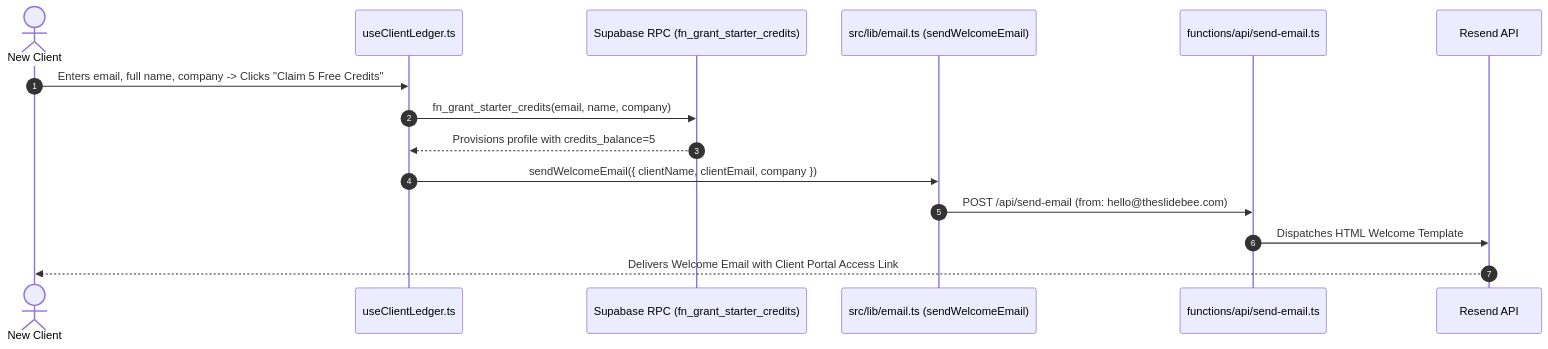
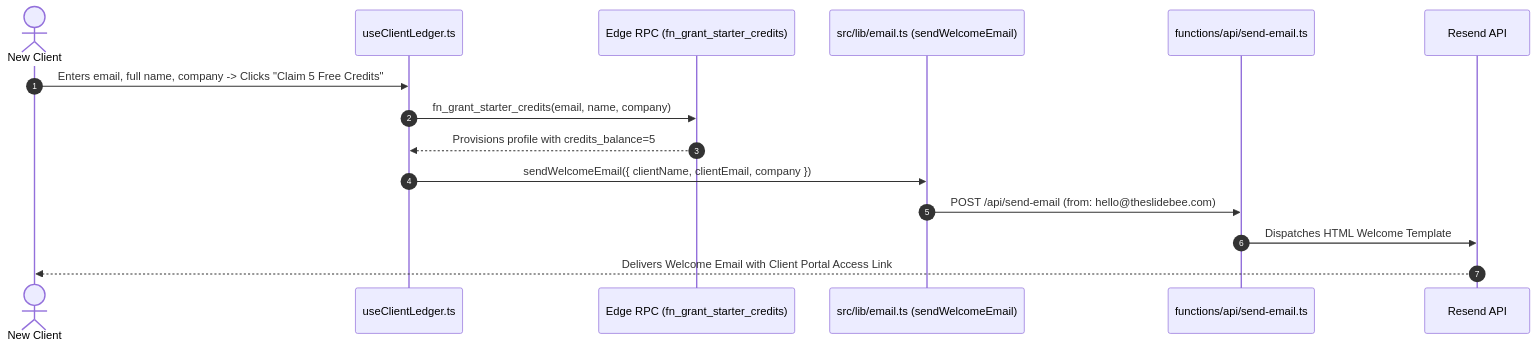
One commit to theslidebee-afk/slidebee changed the first of 6 diagrams in email_workflows.md. Above: the diagram before and after it, drawn with Mermaid. The commit also changed other lines of this file and 103 other files, not shown here.

````diff
--- a/email_workflows.md
+++ b/email_workflows.md
@@ -69,18 +69,18 @@
 ```mermaid
 sequenceDiagram
     autonumber
     actor Client as New Client
     participant Ledger as useClientLedger.ts
-    participant RPC as Supabase RPC (fn_grant_starter_credits)
+    participant RPC as Edge RPC (fn_grant_starter_credits)
     participant Email as src/lib/email.ts (sendWelcomeEmail)
     participant Router as functions/api/send-email.ts
     participant Resend as Resend API
 
     Client->>Ledger: Enters email, full name, company -> Clicks "Claim 5 Free Credits"
     Ledger->>RPC: fn_grant_starter_credits(email, name, company)
     RPC-->>Ledger: Provisions profile with credits_balance=5
     Ledger->>Email: sendWelcomeEmail({ clientName, clientEmail, company })
     Email->>Router: POST /api/send-email (from: hello@theslidebee.com)
     Router->>Resend: Dispatches HTML Welcome Template
     Resend-->>Client: Delivers Welcome Email with Client Portal Access Link
 ```
````
